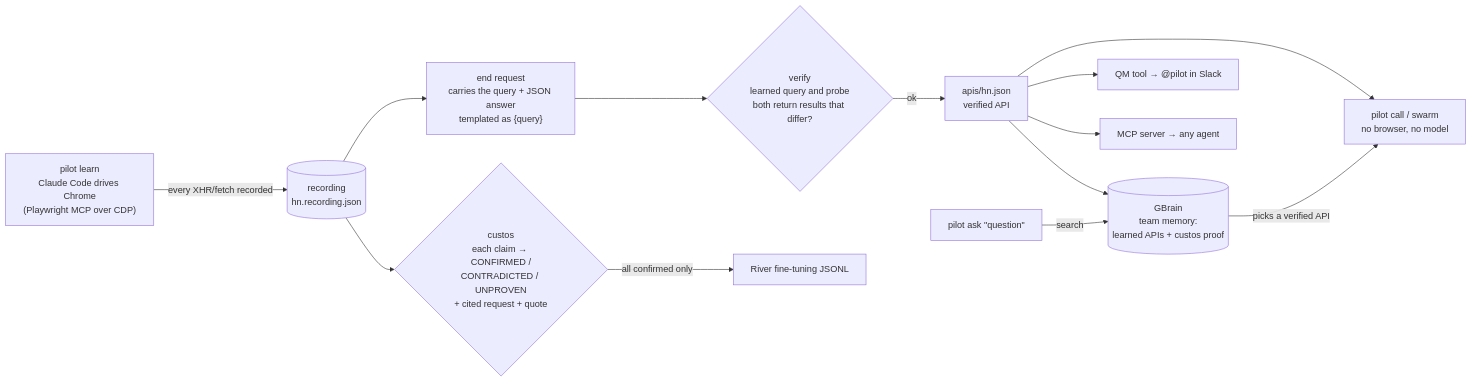
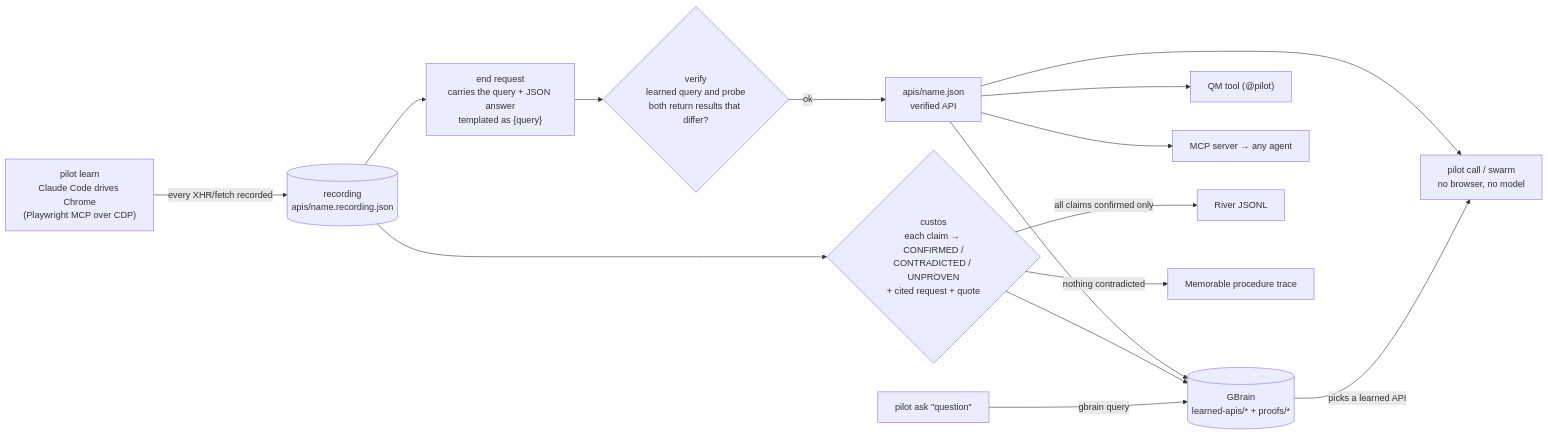
One commit to machmoon/Rote changed the diagram in README.md. Above: the diagram before and after it, drawn with Mermaid. The commit also changed other lines of this file and 21 other files, not shown here.

Commit message:
Memorable procedure traces for verified runs, QM tool export in repo, ask shows GBrain's top matches, bounded swarm (16 in flight), better search-term stopwords, local timestamps, critique

````diff
--- a/README.md
+++ b/README.md
@@ -34,15 +104,17 @@
 ```mermaid
 flowchart LR
-  A["pilot learn<br/>Claude Code drives Chrome<br/>(Playwright MCP over CDP)"] -->|every XHR/fetch recorded| R[("recording<br/>hn.recording.json")]
+  A["pilot learn<br/>Claude Code drives Chrome<br/>(Playwright MCP over CDP)"] -->|every XHR/fetch recorded| R[("recording<br/>apis/name.recording.json")]
   R --> E["end request<br/>carries the query + JSON answer<br/>templated as {query}"]
   E --> V{"verify<br/>learned query and probe<br/>both return results that differ?"}
   R --> C{"custos<br/>each claim → CONFIRMED /<br/>CONTRADICTED / UNPROVEN<br/>+ cited request + quote"}
-  V -->|ok| API["apis/hn.json<br/>verified API"]
+  V -->|ok| API["apis/name.json<br/>verified API"]
   API --> CALL["pilot call / swarm<br/>no browser, no model"]
-  API --> G[("GBrain<br/>team memory:<br/>learned APIs + custos proof")]
-  ASK["pilot ask &quot;question&quot;"] -->|search| G
-  G -->|picks a verified API| CALL
-  API --> Q["QM tool → @pilot in Slack"]
+  API --> G[("GBrain<br/>learned-apis/* + proofs/*")]
+  C --> G
+  ASK["pilot ask &quot;question&quot;"] -->|gbrain query| G
+  G -->|picks a learned API| CALL
+  API --> Q["QM tool (@pilot)"]
   API --> M["MCP server → any agent"]
-  C -->|all confirmed only| RV["River fine-tuning JSONL"]
+  C -->|all claims confirmed only| RV["River JSONL"]
+  C -->|nothing contradicted| MEM["Memorable procedure trace"]
 ```
````
